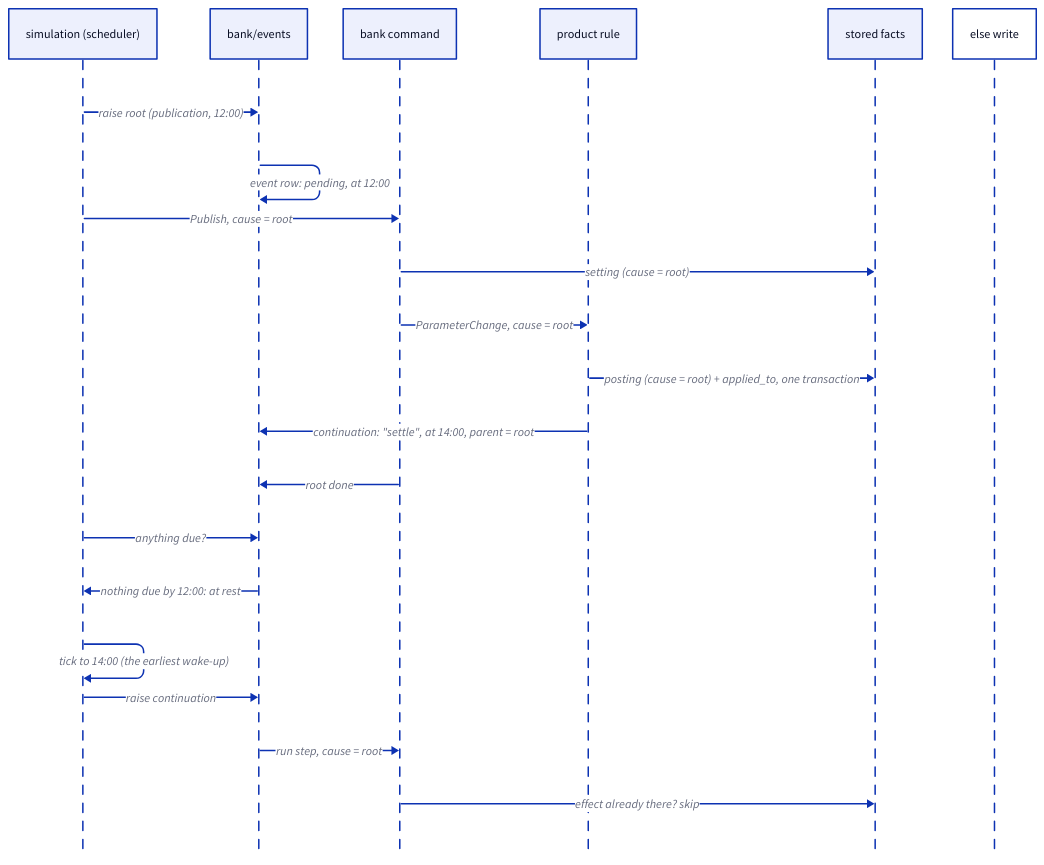
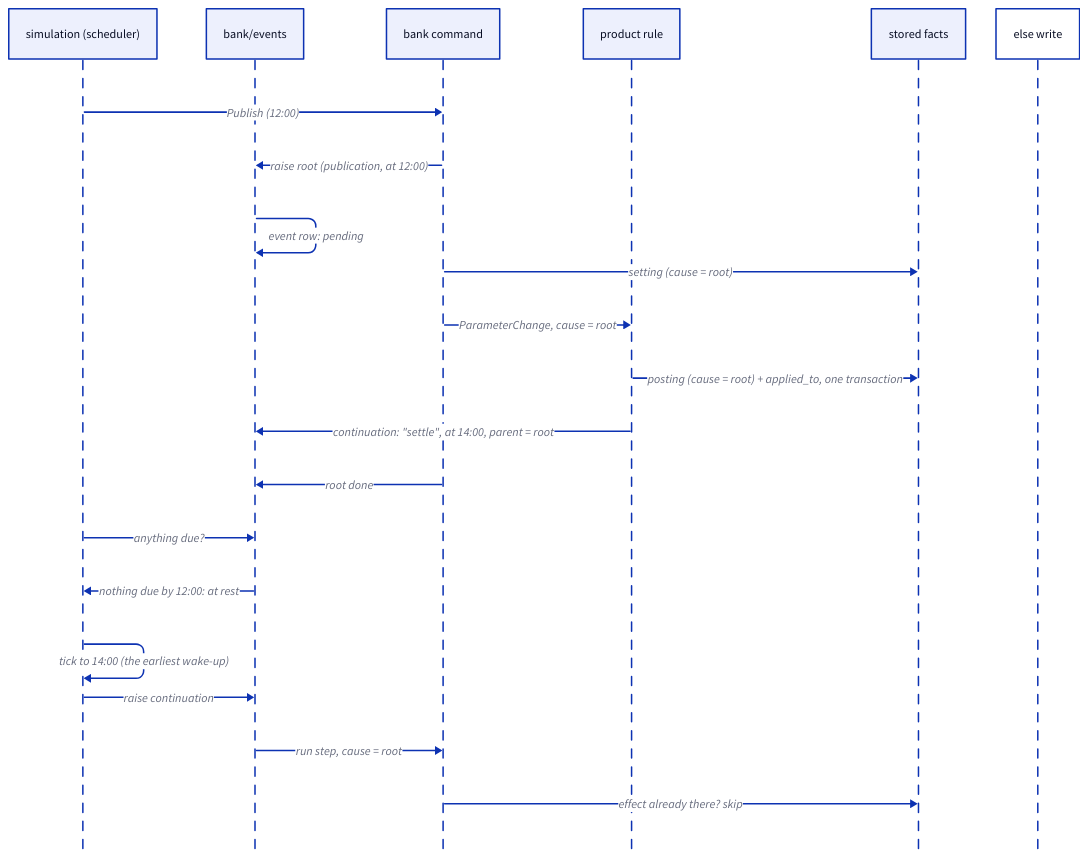
Before and after one commit to drummonds/gobank: the diagram in adr/0011-cascade.d2, drawn with D2. The commit also changed 37 other files, not shown here.

```diff
--- a/adr/0011-cascade.d2
+++ b/adr/0011-cascade.d2
@@ -1,22 +1,22 @@
 shape: sequence_diagram
 
 sim: simulation (scheduler)
 events: bank/events
 cmd: bank command
 rule: product rule
 facts: stored facts
 
-sim -> events: raise root (publication, 12:00)
-events -> events: event row: pending, at 12:00
-sim -> cmd: Publish, cause = root
+sim -> cmd: Publish (12:00)
+cmd -> events: raise root (publication, at 12:00)
+events -> events: event row: pending
 cmd -> facts: setting (cause = root)
 cmd -> rule: ParameterChange, cause = root
 rule -> facts: posting (cause = root) + applied_to, one transaction
 rule -> events: continuation: "settle", at 14:00, parent = root
 cmd -> events: root done
 sim -> events: "anything due?"
 events -> sim: nothing due by 12:00: at rest
 sim -> sim: tick to 14:00 (the earliest wake-up)
 sim -> events: raise continuation
 events -> cmd: run step, cause = root
 cmd -> facts: effect already there? skip; else write
```
